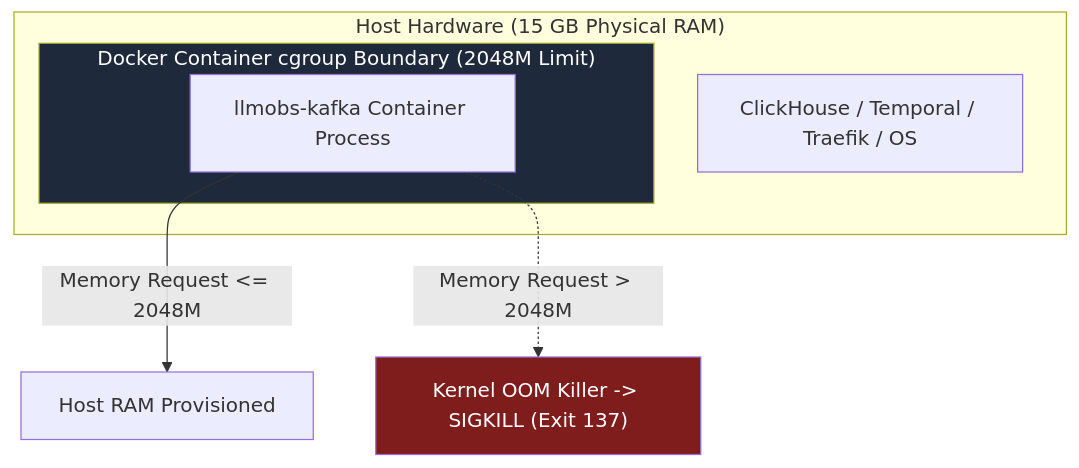
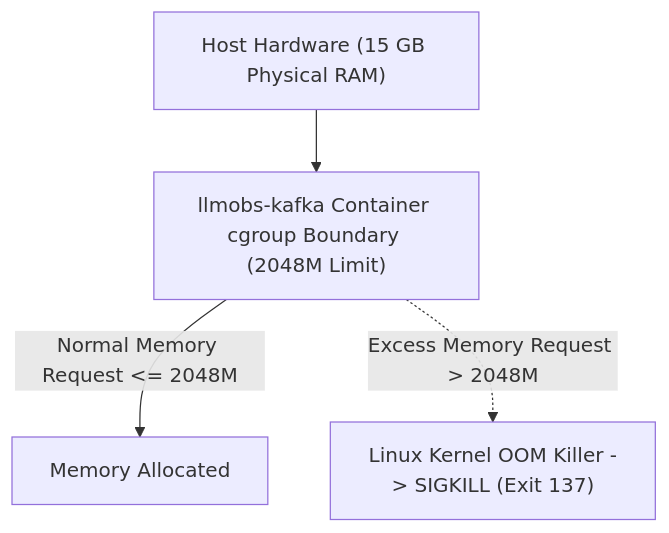
The fifth of 12 diagrams in docs/configDoc/kafka-configuration-guide.md (Chief-Strategist-J/llm-obs-infra), drawn with Mermaid before and after one commit. The commit also changed other lines of this file, not shown here.

Commit message:
docs(kafka): fix Mermaid diagram rendering syntax and convert parameter breakdowns to structured Markdown tables

````diff
--- a/docs/configDoc/kafka-configuration-guide.md
+++ b/docs/configDoc/kafka-configuration-guide.md
@@ -195,15 +120,6 @@
 ```mermaid
 graph TD
-    subgraph Host RAM ["Host Hardware (15 GB Physical RAM)"]
-        subgraph cgroup ["Docker Container cgroup Boundary (2048M Limit)"]
-            KafkaProcess["llmobs-kafka Container Process"]
-        end
-        OtherApps["ClickHouse / Temporal / Traefik / OS"]
-    end
-
-    KafkaProcess -->|Memory Request <= 2048M| HostRAM["Host RAM Provisioned"]
-    KafkaProcess -.->|Memory Request > 2048M| OOM["Kernel OOM Killer -> SIGKILL (Exit 137)"]
-
-    style cgroup fill:#1e293b,color:#fff
-    style OOM fill:#7f1d1d,color:#fff
+    HostRAM["Host Hardware (15 GB Physical RAM)"] --> Container["llmobs-kafka Container cgroup Boundary (2048M Limit)"]
+    Container -->|Normal Memory Request <= 2048M| Granted["Memory Allocated"]
+    Container -.->|Excess Memory Request > 2048M| OOM["Linux Kernel OOM Killer -> SIGKILL (Exit 137)"]
 ```
````
